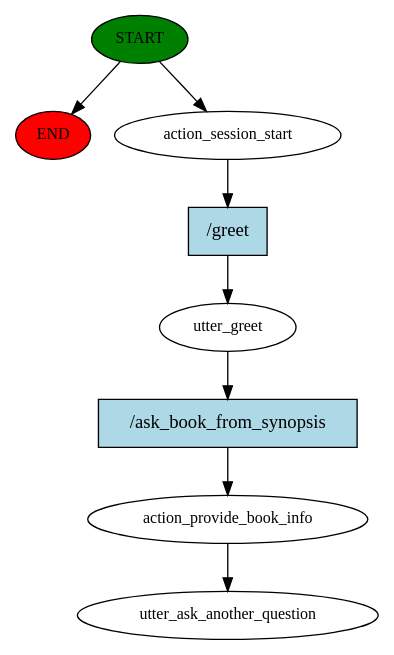
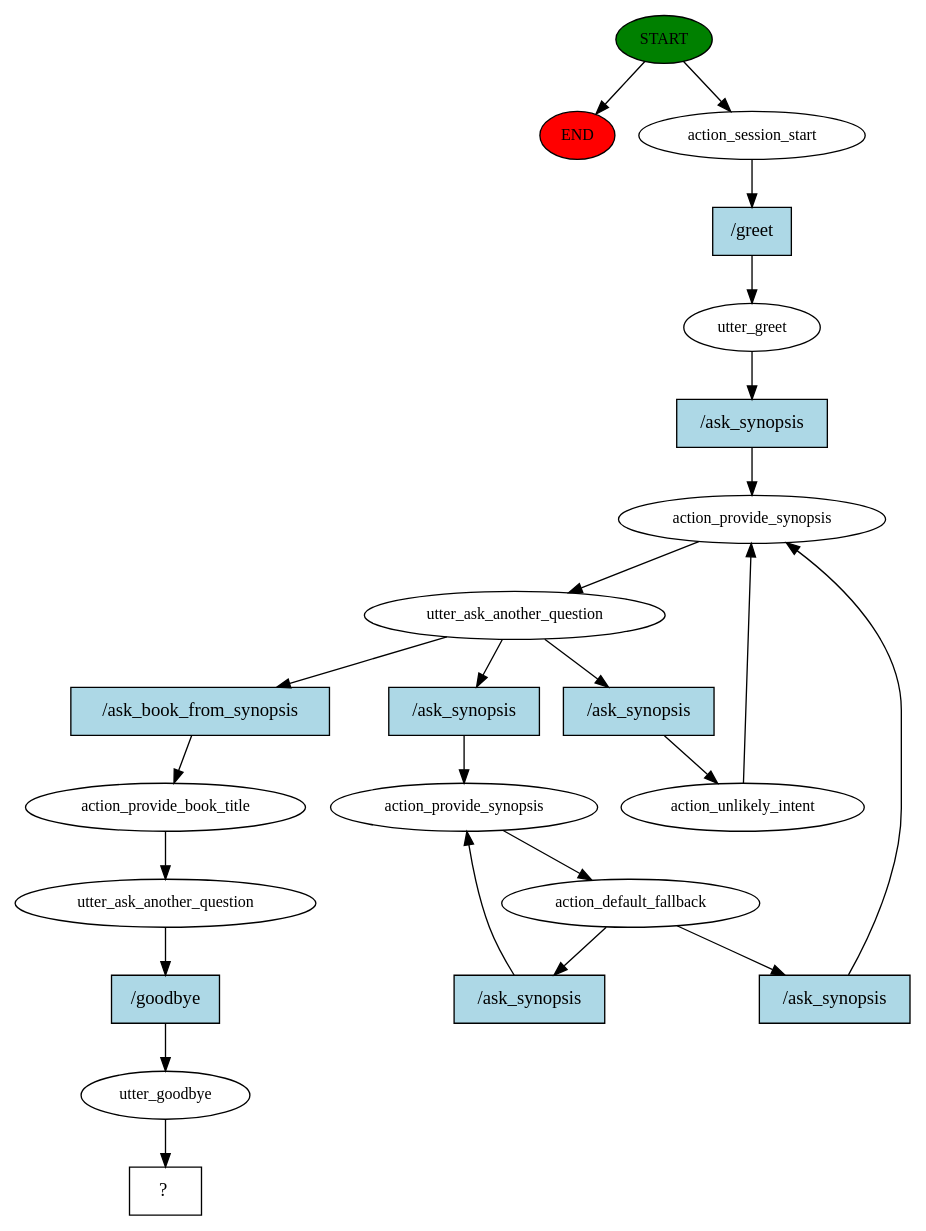
The diagram in story_graph.dot (MichaelKuswanto/The-Rasa-Answer-Machine-GPT3), drawn with Graphviz before and after one commit. The commit also changed 10 other files, not shown here.

```diff
--- a/story_graph.dot
+++ b/story_graph.dot
@@ -1,17 +1,46 @@
 digraph  {
 0 [class="start active", fillcolor=green, fontsize=12, label=START, style=filled];
 "-1" [class=end, fillcolor=red, fontsize=12, label=END, style=filled];
 1 [class=active, fontsize=12, label=action_session_start];
 2 [class=active, fontsize=12, label=utter_greet];
-3 [class=active, fontsize=12, label=action_provide_book_info];
-4 [class="dashed active", fontsize=12, label=utter_ask_another_question];
-5 [class="intent active", fillcolor=lightblue, label="/greet", shape=rect, style=filled];
-6 [class="intent active", fillcolor=lightblue, label="/ask_book_from_synopsis", shape=rect, style=filled];
+3 [class=active, fontsize=12, label=action_provide_synopsis];
+4 [class=active, fontsize=12, label=utter_ask_another_question];
+5 [class=active, fontsize=12, label=action_provide_synopsis];
+6 [class=active, fontsize=12, label=action_default_fallback];
+19 [class=active, fontsize=12, label=action_unlikely_intent];
+25 [class=active, fontsize=12, label=action_provide_book_title];
+26 [class=active, fontsize=12, label=utter_ask_another_question];
+27 [class=active, fontsize=12, label=utter_goodbye];
+28 [class="intent dashed active", label="  ?  ", shape=rect];
+29 [class="intent active", fillcolor=lightblue, label="/greet", shape=rect, style=filled];
+30 [class="intent active", fillcolor=lightblue, label="/ask_synopsis", shape=rect, style=filled];
+31 [class="intent active", fillcolor=lightblue, label="/ask_synopsis", shape=rect, style=filled];
+32 [class="intent active", fillcolor=lightblue, label="/ask_synopsis", shape=rect, style=filled];
+33 [class="intent active", fillcolor=lightblue, label="/ask_book_from_synopsis", shape=rect, style=filled];
+34 [class="intent active", fillcolor=lightblue, label="/ask_synopsis", shape=rect, style=filled];
+35 [class="intent active", fillcolor=lightblue, label="/ask_synopsis", shape=rect, style=filled];
+36 [class="intent active", fillcolor=lightblue, label="/goodbye", shape=rect, style=filled];
 0 -> "-1"  [class="", key=NONE, label=""];
 0 -> 1  [class=active, key=NONE, label=""];
-1 -> 5  [class=active, key=0];
-2 -> 6  [class=active, key=0];
+1 -> 29  [class=active, key=0];
+2 -> 30  [class=active, key=0];
 3 -> 4  [class=active, key=NONE, label=""];
-5 -> 2  [class=active, key=0];
-6 -> 3  [class=active, key=0];
+4 -> 31  [class=active, key=0];
+4 -> 32  [class=active, key=0];
+4 -> 33  [class=active, key=0];
+5 -> 6  [class=active, key=NONE, label=""];
+6 -> 34  [class=active, key=0];
+6 -> 35  [class=active, key=0];
+19 -> 3  [class=active, key=NONE, label=""];
+25 -> 26  [class=active, key=NONE, label=""];
+26 -> 36  [class=active, key=0];
+27 -> 28  [class=active, key=NONE, label=""];
+29 -> 2  [class=active, key=0];
+30 -> 3  [class=active, key=0];
+31 -> 5  [class=active, key=0];
+32 -> 19  [class=active, key=0];
+33 -> 25  [class=active, key=0];
+34 -> 5  [class=active, key=0];
+35 -> 3  [class=active, key=0];
+36 -> 27  [class=active, key=0];
 }
```
